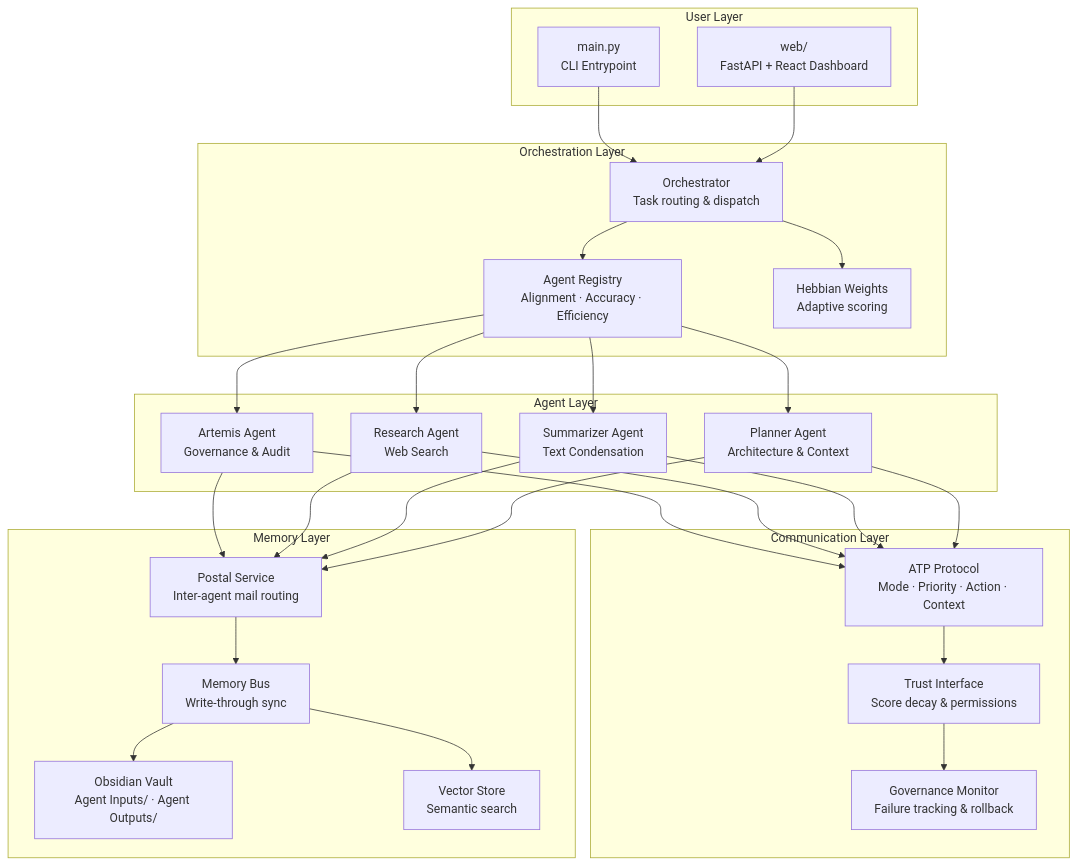
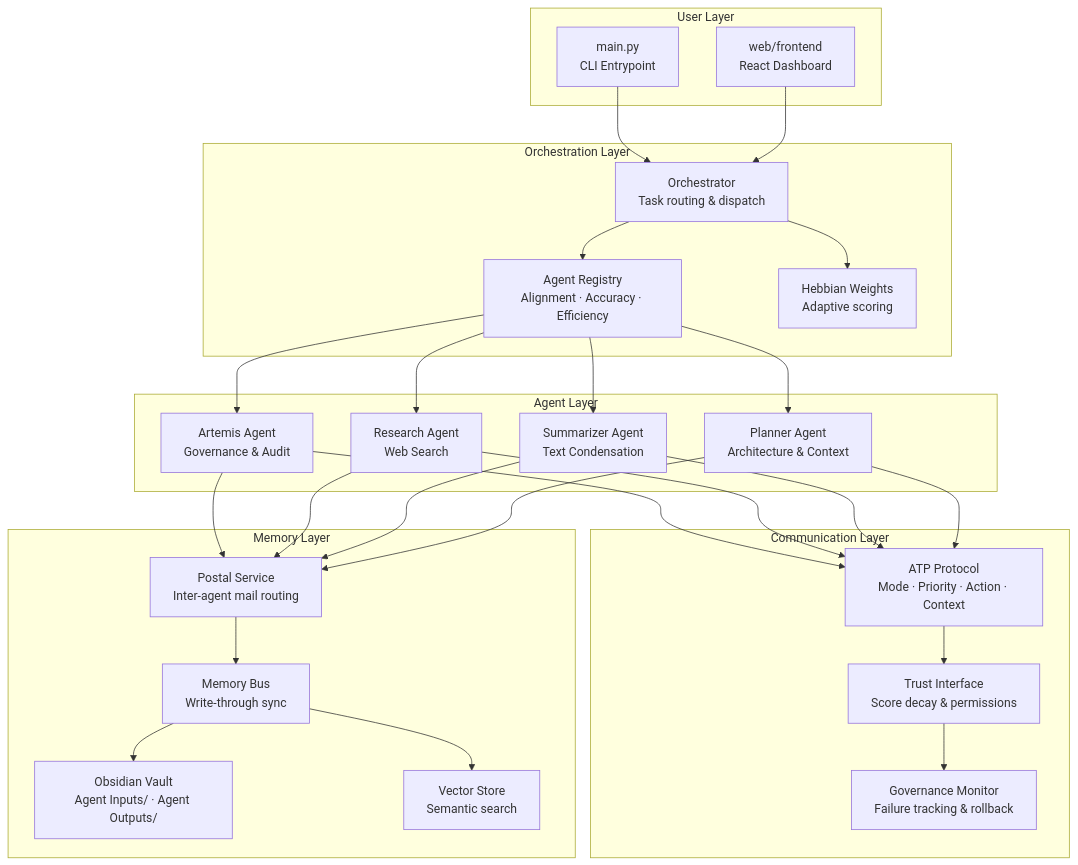
Before and after one commit to AgenticGovernace/AgenticGovernance-ArtemisCity: the diagram in README.md, drawn with Mermaid. The commit also changed other lines of this file, not shown here.

````diff
--- a/README.md
+++ b/README.md
@@ -17,46 +24,46 @@
 ```mermaid
 graph TB
 subgraph User["User Layer"]
     CLI["main.py<br/>CLI Entrypoint"]
-    WebUI["web/<br/>FastAPI + React Dashboard"]
+    WebUI["web/frontend<br/>React Dashboard"]
 end
 
 subgraph Orchestration["Orchestration Layer"]
     ORC["Orchestrator<br/>Task routing & dispatch"]
     REG["Agent Registry<br/>Alignment · Accuracy · Efficiency"]
     HEB["Hebbian Weights<br/>Adaptive scoring"]
 end
 
 subgraph Agents["Agent Layer"]
     ART["Artemis Agent<br/>Governance & Audit"]
     RES["Research Agent<br/>Web Search"]
     SUM["Summarizer Agent<br/>Text Condensation"]
     PLN["Planner Agent<br/>Architecture & Context"]
 end
 
 subgraph Protocol["Communication Layer"]
     ATP["ATP Protocol<br/>Mode · Priority · Action · Context"]
     TRUST["Trust Interface<br/>Score decay & permissions"]
     GOV["Governance Monitor<br/>Failure tracking & rollback"]
 end
 
 subgraph Memory["Memory Layer"]
     OBS["Obsidian Vault<br/>Agent Inputs/ · Agent Outputs/"]
     VEC["Vector Store<br/>Semantic search"]
     BUS["Memory Bus<br/>Write-through sync"]
     POST["Postal Service<br/>Inter-agent mail routing"]
 end
 
 CLI --> ORC
 WebUI --> ORC
 ORC --> REG
 ORC --> HEB
 REG --> ART & RES & SUM & PLN
 ART & RES & SUM & PLN --> ATP
 ATP --> TRUST
 TRUST --> GOV
 ART & RES & SUM & PLN --> POST
 POST --> BUS
 BUS --> OBS
 BUS --> VEC
 ```
````
